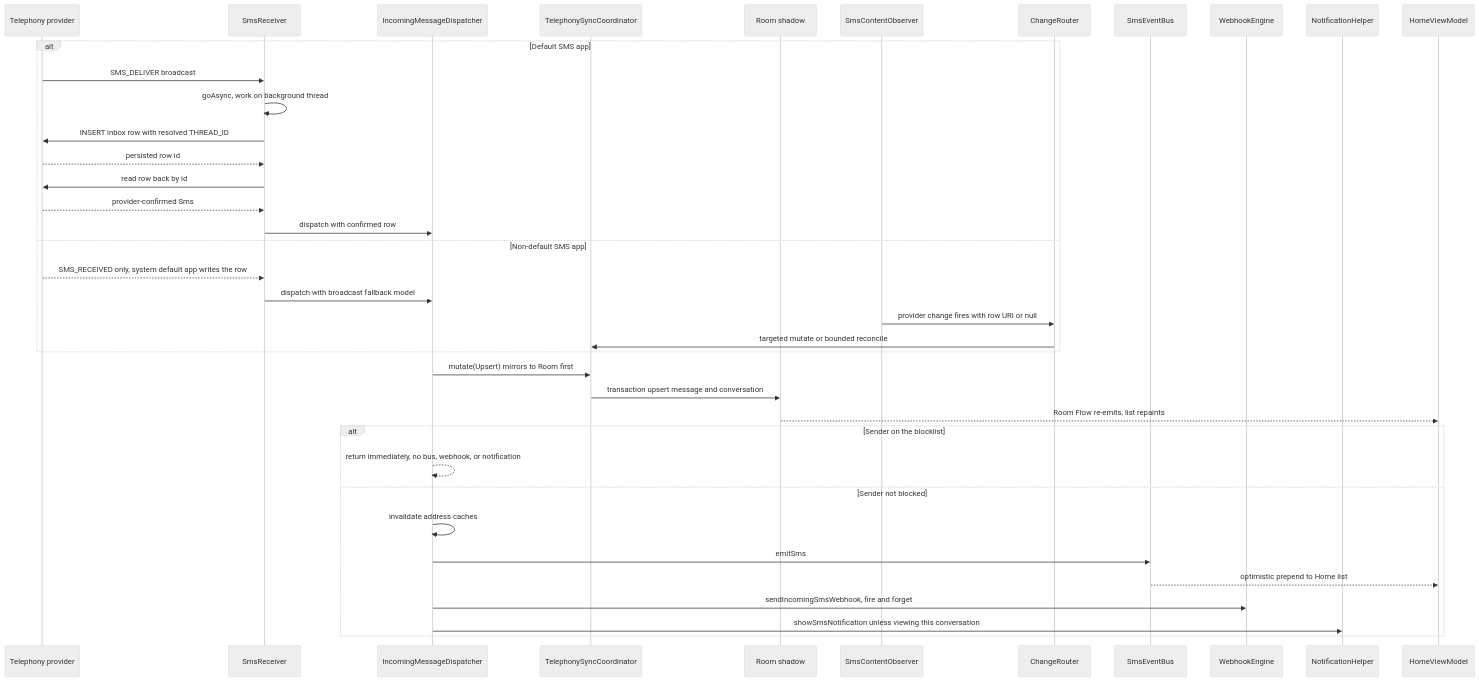
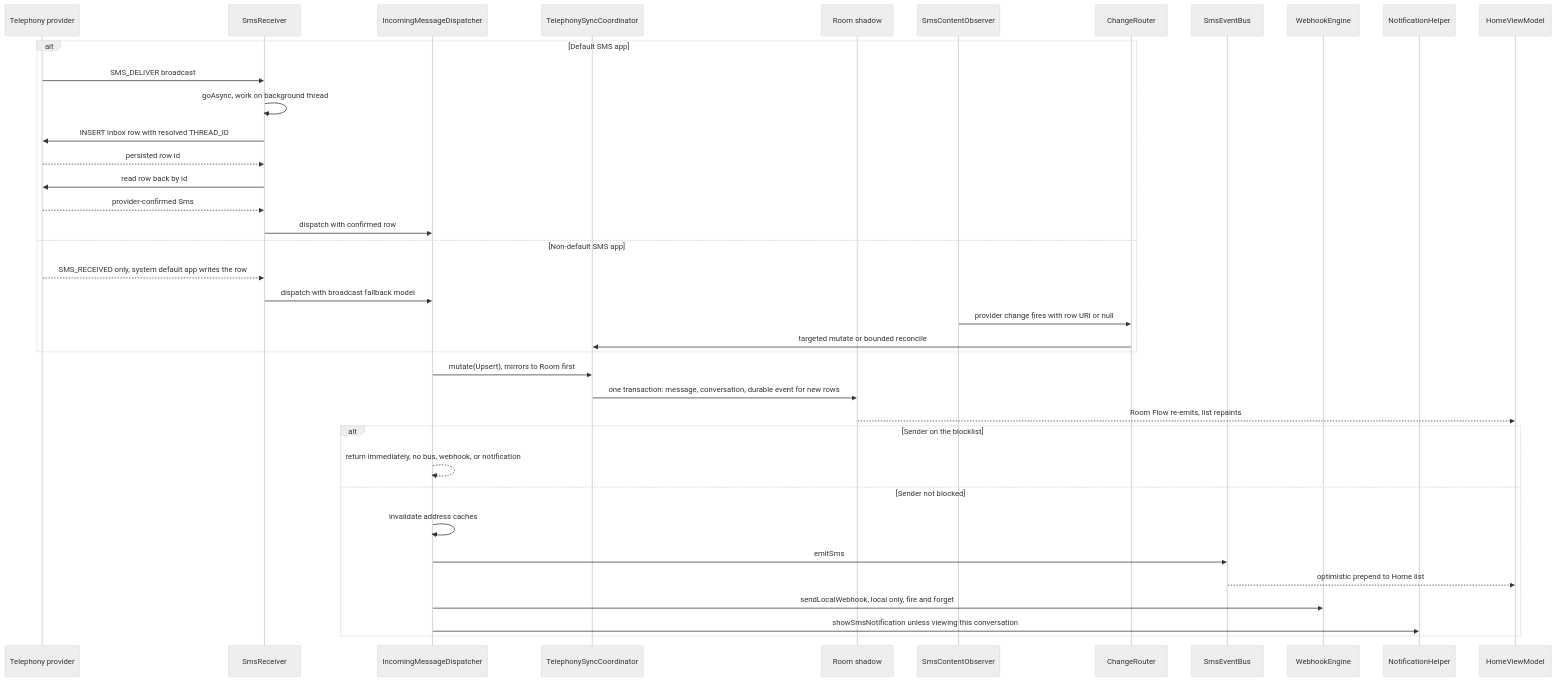
One commit to aibedini/Messages changed the diagram in openwiki/workflows/incoming-message-pipeline.md. Above: the diagram before and after it, drawn with Mermaid (neutral theme). The commit also changed other lines of this file and 43 other files, not shown here.

````diff
--- a/openwiki/workflows/incoming-message-pipeline.md
+++ b/openwiki/workflows/incoming-message-pipeline.md
@@ -70,43 +72,43 @@
 ```mermaid
 sequenceDiagram
     participant P as Telephony provider
     participant SR as SmsReceiver
     participant D as IncomingMessageDispatcher
     participant C as TelephonySyncCoordinator
     participant RM as Room shadow
     participant OBS as SmsContentObserver
     participant CR as ChangeRouter
     participant CB as SmsEventBus
     participant W as WebhookEngine
     participant N as NotificationHelper
     participant H as HomeViewModel
 
     alt Default SMS app
         P->>SR: SMS_DELIVER broadcast
         SR->>SR: goAsync, work on background thread
         SR->>P: INSERT inbox row with resolved THREAD_ID
         P-->>SR: persisted row id
         SR->>P: read row back by id
         P-->>SR: provider-confirmed Sms
         SR->>D: dispatch with confirmed row
     else Non-default SMS app
         P-->>SR: SMS_RECEIVED only, system default app writes the row
         SR->>D: dispatch with broadcast fallback model
         OBS->>CR: provider change fires with row URI or null
         CR->>C: targeted mutate or bounded reconcile
     end
 
-    D->>C: mutate(Upsert) mirrors to Room first
-    C->>RM: transaction upsert message and conversation
+    D->>C: mutate(Upsert), mirrors to Room first
+    C->>RM: one transaction: message, conversation, durable event for new rows
     RM-->>H: Room Flow re-emits, list repaints
 
     alt Sender on the blocklist
         D-->>D: return immediately, no bus, webhook, or notification
     else Sender not blocked
         D->>D: invalidate address caches
         D->>CB: emitSms
         CB-->>H: optimistic prepend to Home list
-        D->>W: sendIncomingSmsWebhook, fire and forget
+        D->>W: sendLocalWebhook, local only, fire and forget
         D->>N: showSmsNotification unless viewing this conversation
     end
 ```
````
